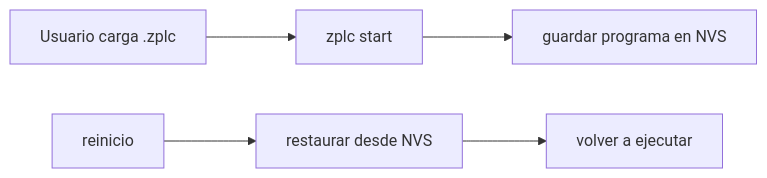
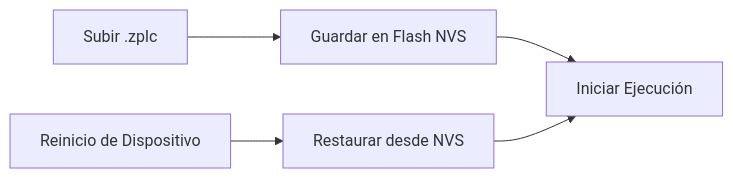
One commit to eduardojvieira/ZPLC changed the diagram in docs/i18n/es/docusaurus-plugin-content-docs/current/runtime/persistence.md. Above: the diagram before and after it, drawn with Mermaid. The commit also changed other lines of this file and 55 other files, not shown here.

````diff
--- a/docs/i18n/es/docusaurus-plugin-content-docs/current/runtime/persistence.md
+++ b/docs/i18n/es/docusaurus-plugin-content-docs/current/runtime/persistence.md
@@ -46,7 +29,7 @@
 ```mermaid
 flowchart LR
-  LOAD[Usuario carga .zplc] --> START[zplc start]
-  START --> SAVE[guardar programa en NVS]
-  BOOT[reinicio] --> RESTORE[restaurar desde NVS]
-  RESTORE --> RUN[volver a ejecutar]
+  Load[Subir .zplc] --> Save[Guardar en Flash NVS]
+  Save --> Run[Iniciar Ejecución]
+  Boot[Reinicio de Dispositivo] --> Restore[Restaurar desde NVS]
+  Restore --> Run
 ```
````
